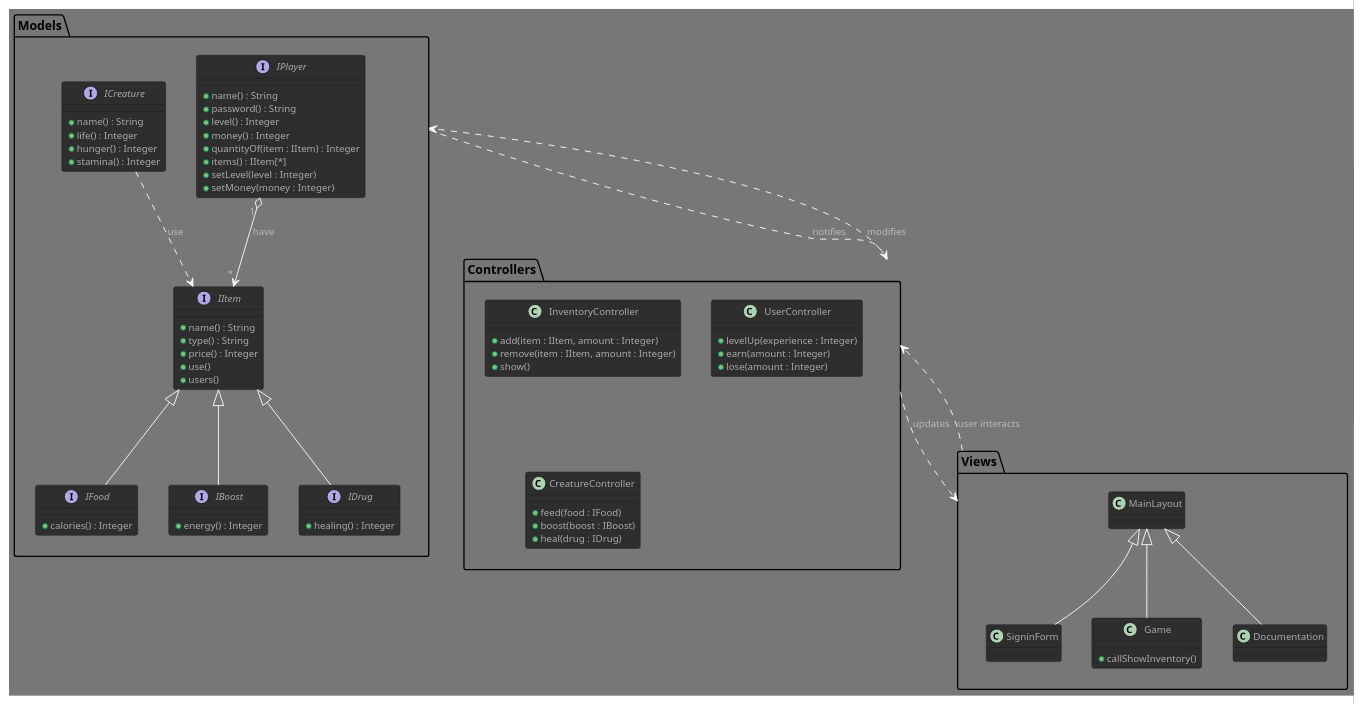
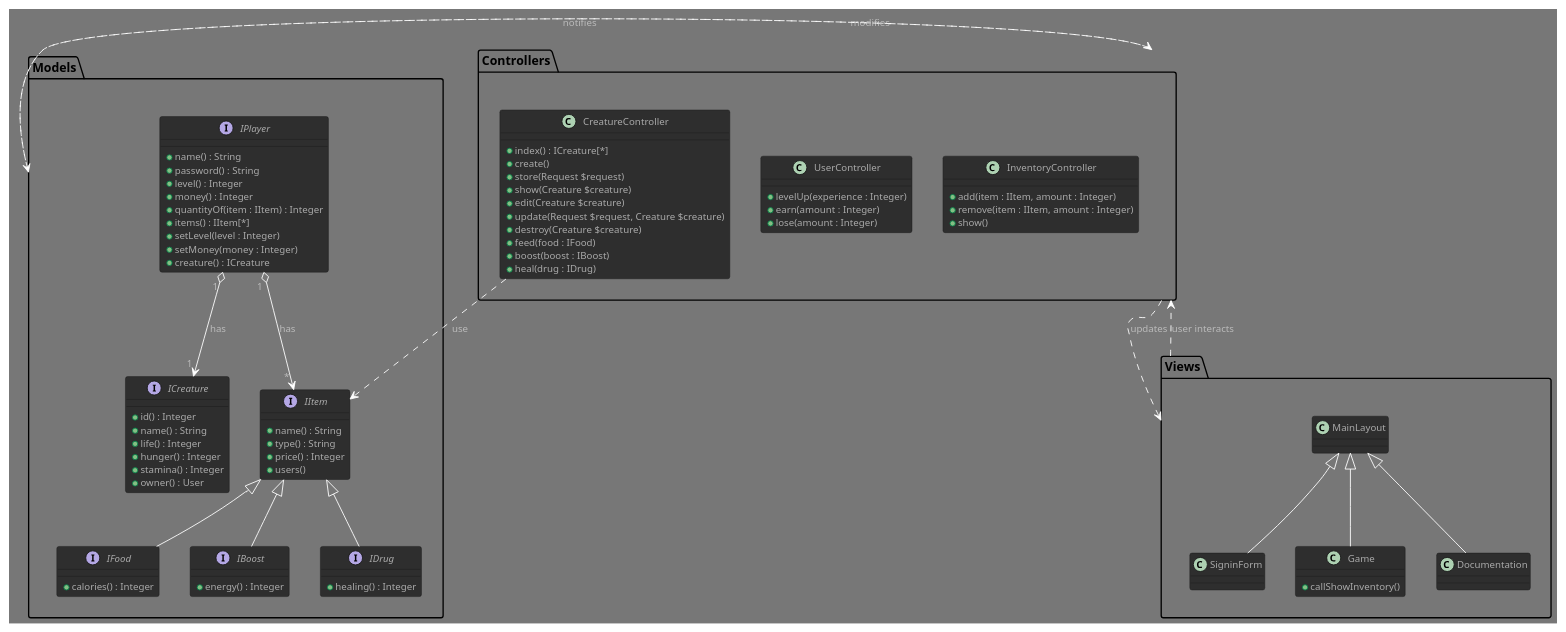
The diagram in VirtualNoe.puml (GlazKrovi/VirtualNoe), drawn with PlantUML before and after one commit. The commit also changed 13 other files, not shown here.

Commit message:
create creature

```diff
--- a/VirtualNoe.puml
+++ b/VirtualNoe.puml
@@ -1,102 +1,113 @@
 @startuml VirtualNoe
 
 !theme reddress-darkgreen
 
 package Models
 {
     interface IPlayer
     {
         + name() : String
         + password() : String
         + level() : Integer
         + money() : Integer
         + quantityOf(item : IItem) : Integer
         + items() : IItem[*]
         + setLevel(level : Integer)
         + setMoney(money : Integer)
+        + creature() : ICreature
     }
 
     interface IItem
     {
         + name() : String
         + type() : String
         + price() : Integer
-        + use()     /' the way the objet is consumed '/
         + users() /' get owners '/
     }
 
     interface IFood implements IItem
     {
         /' number of points added to hunger gauge '/
         + calories() : Integer  
     }
 
     interface IBoost implements IItem
     {
         /' number of points added to stamina gauge '/
         + energy() : Integer
     }
 
     interface IDrug implements IItem
     {
         /' number of points added to life gauge '/
         + healing() : Integer
     }
 
     interface ICreature 
     { 
+        + id() : Integer
         + name() : String
         + life() : Integer
         + hunger() : Integer
         + stamina() : Integer
+        + owner() : User
     }
 }
 
 package Controllers 
 { 
     class InventoryController   /' use IPlayer '/
     {
         + add(item : IItem, amount : Integer) 
         + remove(item : IItem, amount : Integer)
         + show()
     }
 
     class UserController
     {
         /' Authentication system managed by laravel'/
         + levelUp(experience : Integer)
         + earn(amount : Integer) /' money '/
         + lose(amount : Integer) /' money '/
     }
 
     class CreatureController
     {
+        + index() : ICreature[*]
+        + create()
+        + store(Request $request)
+        + show(Creature $creature)
+        + edit(Creature $creature)
+        + update(Request $request, Creature $creature)
+        + destroy(Creature $creature)
         + feed(food : IFood)
         + boost(boost : IBoost)
         + heal(drug : IDrug)
     }
 }
 
 package Views 
 { 
     class MainLayout
     class SigninForm extends MainLayout   /' home, index '/
     class Game extends MainLayout   /' main game window '/
     {
         + callShowInventory()
     }
     class Documentation extends MainLayout   /' tutorial, etc. '/
 }
 
-/' RELATIONS '/
-IPlayer" 1 " o--> " * "IItem : have
-ICreature ..> IItem : use               /' TODO - not sure '/
+/' AGREGATIONS / COMPOSITIONS '/
+IPlayer" 1 " o--> " * "IItem : has
+IPlayer" 1 " o--> " 1 "ICreature : has
 
+/' USING '/
+CreatureController ..> IItem : use             
 
 /' MVC '/
 Controllers ..> Models : modifies
 Controllers ..> Views : updates
 Views ..> Controllers : user interacts
 Models ..> Controllers : notifies 
 
 @enduml
```
